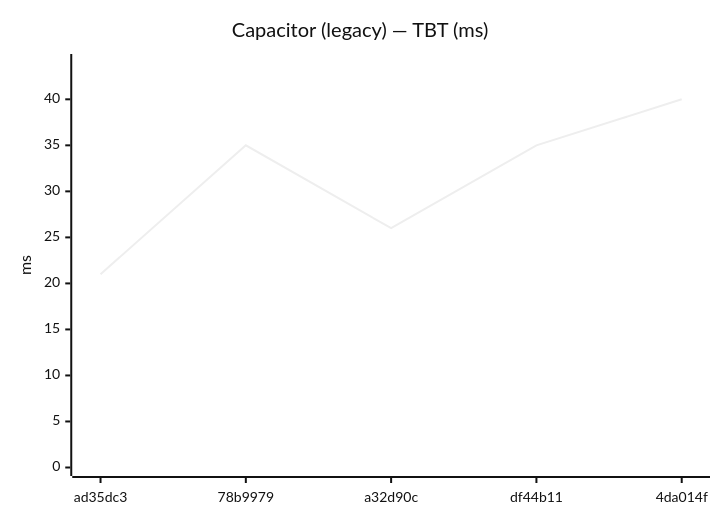
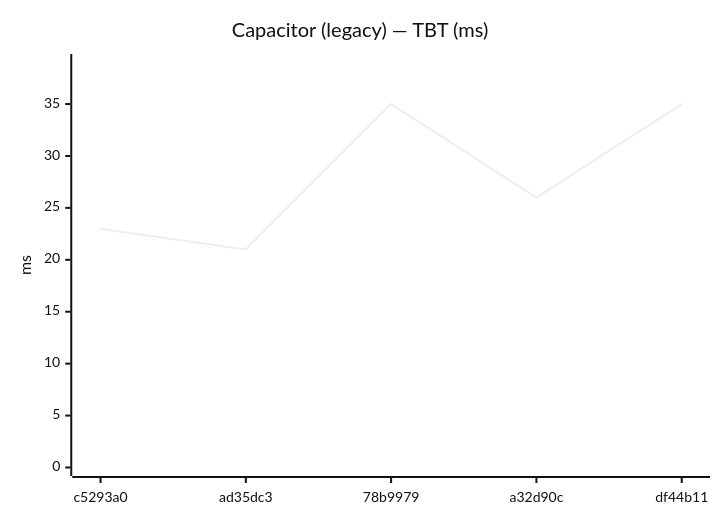
Before and after one commit to Metaheurist/Rianell: diagram 14 of 24 in benchmarks/compare.md, drawn with Mermaid (neutral theme). The commit also changed other lines of this file and 14 other files, not shown here.

````diff
--- a/benchmarks/compare.md
+++ b/benchmarks/compare.md
@@ -201,7 +201,7 @@
 ```mermaid
 xychart-beta
     title "Capacitor (legacy) — TBT (ms)"
-    x-axis ["ad35dc3", "78b9979", "a32d90c", "df44b11", "4da014f"]
-    y-axis "ms" 0 --> 44
-    line [21, 35, 26, 35, 40]
+    x-axis ["c5293a0", "ad35dc3", "78b9979", "a32d90c", "df44b11"]
+    y-axis "ms" 0 --> 39
+    line [23, 21, 35, 26, 35]
 ```
````
